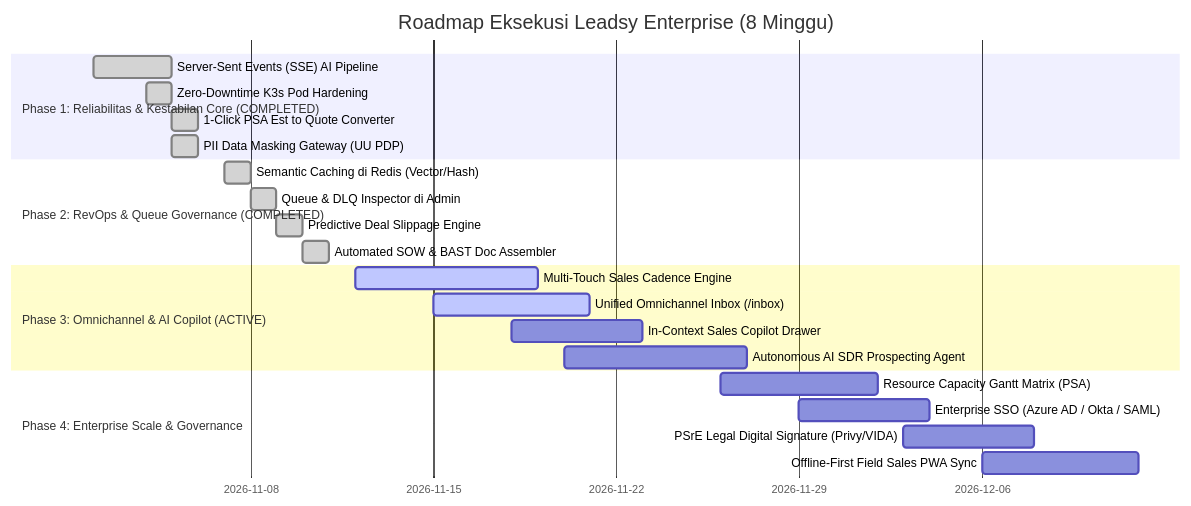
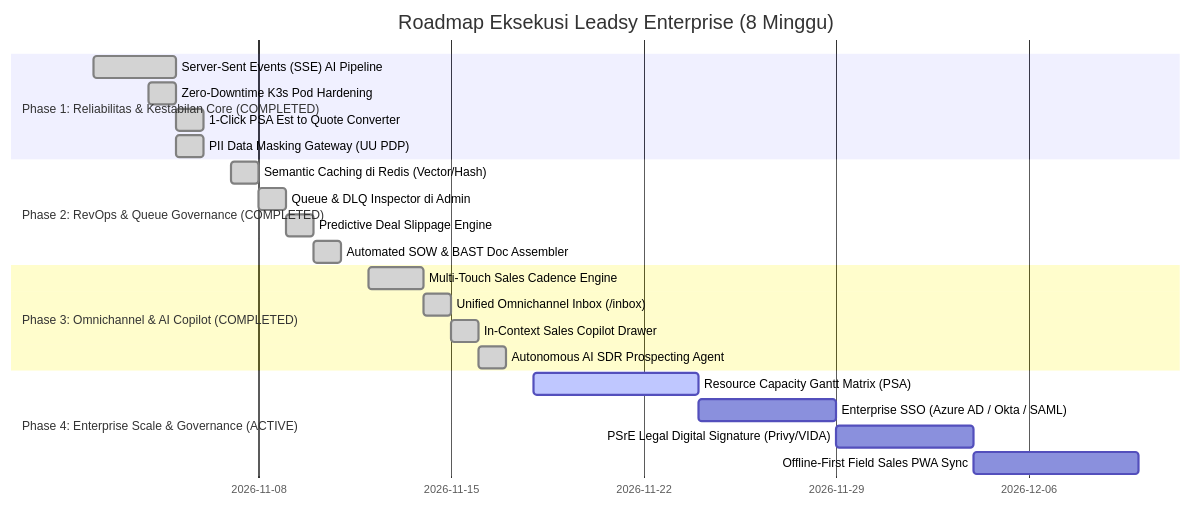
The diagram in docs/strategy/enterprise-execution-roadmap-sprint-1-to-4.md (kodratsantoso/Leadsy), drawn with Mermaid before and after one commit. The commit also changed other lines of this file and 18 other files, not shown here.

First line of the commit message:
feat(sprint-3): omnichannel velocity & autonomous ai engagement

````diff
--- a/docs/strategy/enterprise-execution-roadmap-sprint-1-to-4.md
+++ b/docs/strategy/enterprise-execution-roadmap-sprint-1-to-4.md
@@ -16,28 +16,28 @@
 ```mermaid
 gantt
     title Roadmap Eksekusi Leadsy Enterprise (8 Minggu)
     dateFormat  YYYY-MM-DD
     section Phase 1: Reliabilitas & Kestabilan Core (COMPLETED)
     Server-Sent Events (SSE) AI Pipeline     :done, p1_1, 2026-11-02, 2026-11-05
     Zero-Downtime K3s Pod Hardening         :done, p1_2, 2026-11-04, 2026-11-05
     1-Click PSA Est to Quote Converter       :done, p1_3, 2026-11-05, 2026-11-06
     PII Data Masking Gateway (UU PDP)       :done, p1_4, 2026-11-05, 2026-11-06
 
     section Phase 2: RevOps & Queue Governance (COMPLETED)
     Semantic Caching di Redis (Vector/Hash)  :done, p2_1, 2026-11-07, 2026-11-08
     Queue & DLQ Inspector di Admin           :done, p2_2, 2026-11-08, 2026-11-09
     Predictive Deal Slippage Engine          :done, p2_3, 2026-11-09, 2026-11-10
     Automated SOW & BAST Doc Assembler       :done, p2_4, 2026-11-10, 2026-11-11
 
-    section Phase 3: Omnichannel & AI Copilot (ACTIVE)
-    Multi-Touch Sales Cadence Engine        :active, p3_1, 2026-11-12, 7d
-    Unified Omnichannel Inbox (/inbox)       :active, p3_2, 2026-11-15, 6d
-    In-Context Sales Copilot Drawer          :p3_3, 2026-11-18, 5d
-    Autonomous AI SDR Prospecting Agent      :p3_4, 2026-11-20, 7d
+    section Phase 3: Omnichannel & AI Copilot (COMPLETED)
+    Multi-Touch Sales Cadence Engine        :done, p3_1, 2026-11-12, 2026-11-14
+    Unified Omnichannel Inbox (/inbox)       :done, p3_2, 2026-11-14, 2026-11-15
+    In-Context Sales Copilot Drawer          :done, p3_3, 2026-11-15, 2026-11-16
+    Autonomous AI SDR Prospecting Agent      :done, p3_4, 2026-11-16, 2026-11-17
 
-    section Phase 4: Enterprise Scale & Governance
-    Resource Capacity Gantt Matrix (PSA)     :p4_1, 2026-11-26, 6d
-    Enterprise SSO (Azure AD / Okta / SAML)  :p4_2, 2026-11-29, 5d
-    PSrE Legal Digital Signature (Privy/VIDA):p4_3, 2026-12-03, 5d
-    Offline-First Field Sales PWA Sync       :p4_4, 2026-12-06, 6d
+    section Phase 4: Enterprise Scale & Governance (ACTIVE)
+    Resource Capacity Gantt Matrix (PSA)     :active, p4_1, 2026-11-18, 6d
+    Enterprise SSO (Azure AD / Okta / SAML)  :p4_2, 2026-11-24, 5d
+    PSrE Legal Digital Signature (Privy/VIDA):p4_3, 2026-11-29, 5d
+    Offline-First Field Sales PWA Sync       :p4_4, 2026-12-04, 6d
 ```
````
